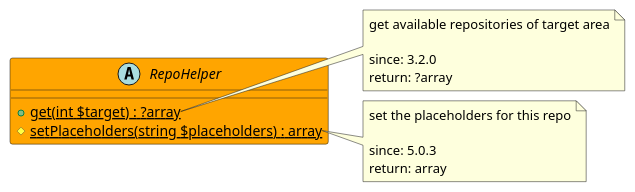
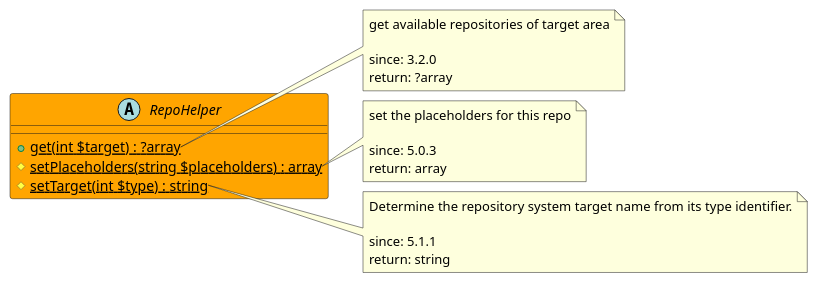
Before and after one commit to joomengine/jcb-compiler: the diagram in src/c6619b00-261c-473b-8094-d4fe9e6bab39/README.md, drawn with PlantUML. The commit also changed other lines of this file and 585 other files, not shown here.

````diff
--- a/src/c6619b00-261c-473b-8094-d4fe9e6bab39/README.md
+++ b/src/c6619b00-261c-473b-8094-d4fe9e6bab39/README.md
@@ -12,23 +5,32 @@
 ```uml
 @startuml
+
 abstract RepoHelper  #Orange {
   + {static} get(int $target) : ?array
   # {static} setPlaceholders(string $placeholders) : array
+  # {static} setTarget(int $type) : string
 }
 
 note right of RepoHelper::get
   get available repositories of target area
 
   since: 3.2.0
   return: ?array
 end note
 
 note right of RepoHelper::setPlaceholders
   set the placeholders for this repo
 
   since: 5.0.3
   return: array
 end note
- 
+
+note right of RepoHelper::setTarget
+  Determine the repository system target name from its type identifier.
+
+  since: 5.1.1
+  return: string
+end note
+
 @enduml
 ```
````
